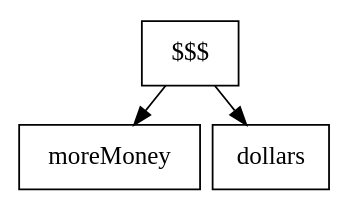
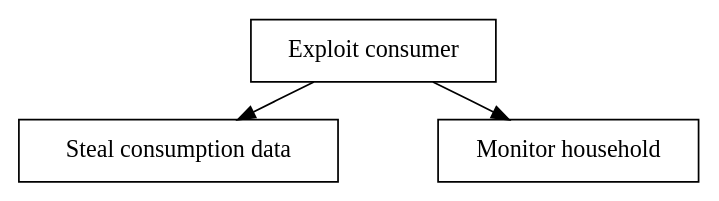
The diagram in figures/graphviz/electrical_vs_consumer.dot (des904e15/report), drawn with Graphviz before and after one commit. The commit also changed 2 other files, not shown here.

```diff
--- a/figures/graphviz/electrical_vs_consumer.dot
+++ b/figures/graphviz/electrical_vs_consumer.dot
@@ -1,12 +1,16 @@
 digraph G{
 
-graph[ center=true, margin=0.2, nodesep=0.1, ranksep=0.3]
-node[ shape=rectangle];
+graph[ center=true, margin=0.2, nodesep=0.8, ranksep=0.3];
+node[shape=rectangle];
 
-	root[label="$$$",shape=OR];	
-
-	root -> moreMoney;
-	root -> dollars;
-	
-	
+	root[label="Exploit consumer",shape=OR];
+  n1[label="Steal consumption data"];
+  n2[label="Monitor household"];
+  #n3[label="        "];
+  #n4[label="        "];
+  
+	root -> n1;
+	root -> n2;
+  #n1 -> n3;
+  #n1 -> n4;
 	}
```
